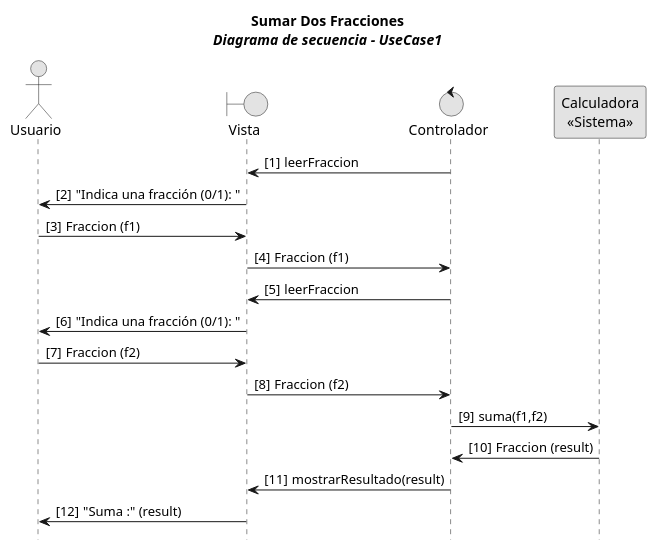
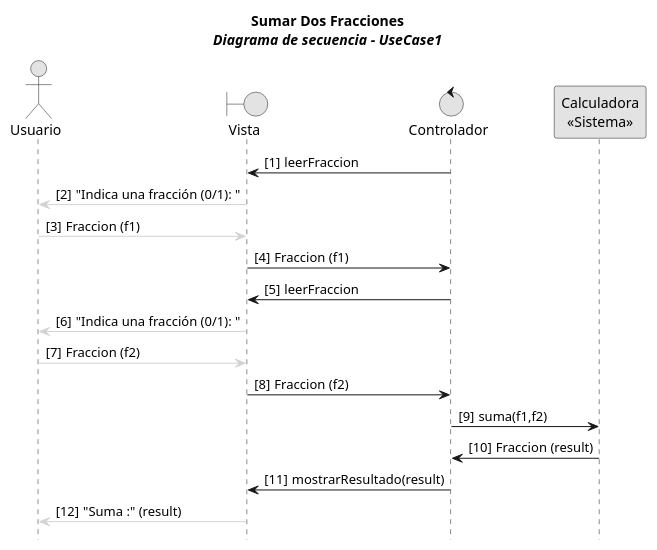
Before and after one commit to srlopez/RUP: the third of 4 diagrams in ejemplos/fraccion_completo.md, drawn with PlantUML. The commit also changed other lines of this file and 1 other file, not shown here.

````diff
--- a/ejemplos/fraccion_completo.md
+++ b/ejemplos/fraccion_completo.md
@@ -147,33 +147,33 @@
 ```plantuml
 @startuml
 title <b>Sumar Dos Fracciones</b>\n<i>Diagrama de secuencia - UseCase1</i>
 skinparam monochrome true
 ' skinparam handwritten true
 ' skinparam defaultFontName Comic Sans MS
 ' skinparam classArrowFontName Arial
 
 autonumber "[0]"
 hide footbox
 
 actor Usuario as u
 boundary Vista as v
 control Controlador as c 
 participant "Calculadora\n<<Sistema>>" as s
 
 'group Comprar Producto
 c -> v: leerFraccion
-v -> u: "Indica una fracción (0/1): "
-u -> v: Fraccion (f1)
+v -[#LightGrey]> u: "Indica una fracción (0/1): "
+u -[#LightGrey]> v: Fraccion (f1)
 v -> c: Fraccion (f1)
 c -> v: leerFraccion
-v -> u: "Indica una fracción (0/1): "
-u -> v: Fraccion (f2)
+v -[#LightGrey]> u: "Indica una fracción (0/1): "
+u -[#LightGrey]> v: Fraccion (f2)
 v -> c: Fraccion (f2)
 c -> s: suma(f1,f2)
 s -> c: Fraccion (result)
 c -> v: mostrarResultado(result)
-v -> u: "Suma :" (result)
+v -[#LightGrey]> u: "Suma :" (result)
 
 'end
 @enduml
 ```
````
